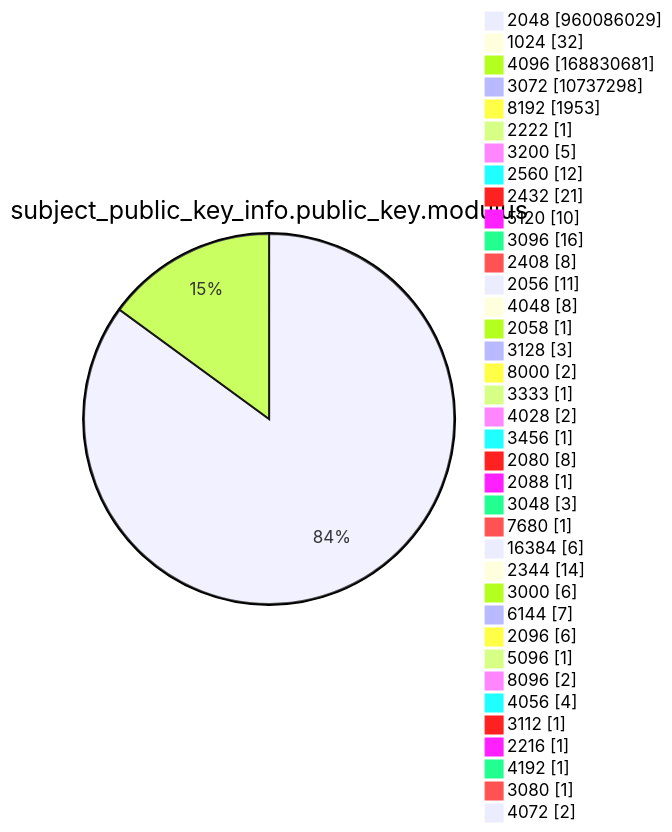
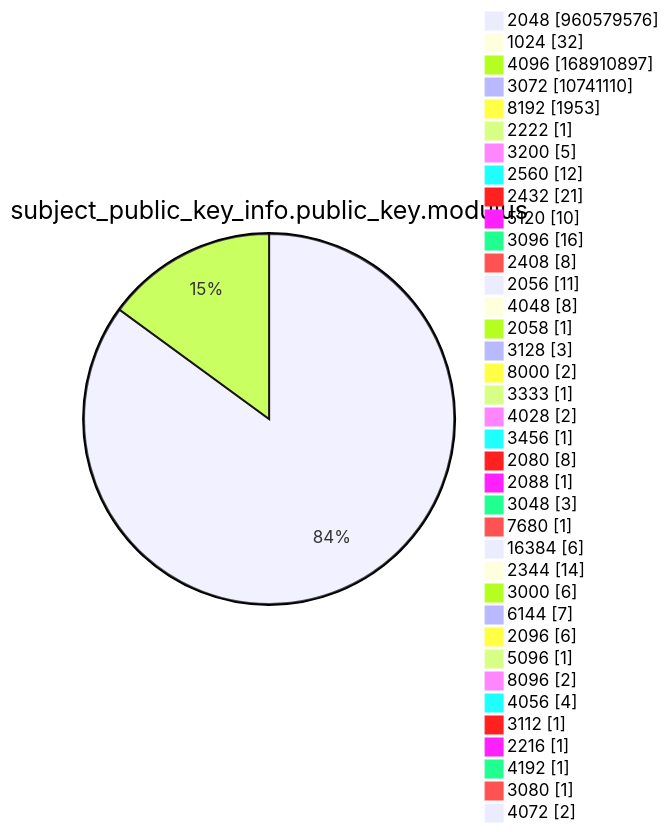
One commit to christiankrug/ctmonitor_visualization changed diagram 13 of 15 in argon2022/README.md. Above: the diagram before and after it, drawn with Mermaid. The commit also changed other lines of this file, not shown here.

````diff
--- a/argon2022/README.md
+++ b/argon2022/README.md
@@ -3586,41 +3586,41 @@
 ```mermaid
 pie showData
 title subject_public_key_info.public_key.modulus
-"2048" :960086029
+"2048" :960579576
 "1024" :32
-"4096" :168830681
-"3072" :10737298
+"4096" :168910897
+"3072" :10741110
 "8192" :1953
 "2222" :1
 "3200" :5
 "2560" :12
 "2432" :21
 "5120" :10
 "3096" :16
 "2408" :8
 "2056" :11
 "4048" :8
 "2058" :1
 "3128" :3
 "8000" :2
 "3333" :1
 "4028" :2
 "3456" :1
 "2080" :8
 "2088" :1
 "3048" :3
 "7680" :1
 "16384" :6
 "2344" :14
 "3000" :6
 "6144" :7
 "2096" :6
 "5096" :1
 "8096" :2
 "4056" :4
 "3112" :1
 "2216" :1
 "4192" :1
 "3080" :1
 "4072" :2
 ```
````
